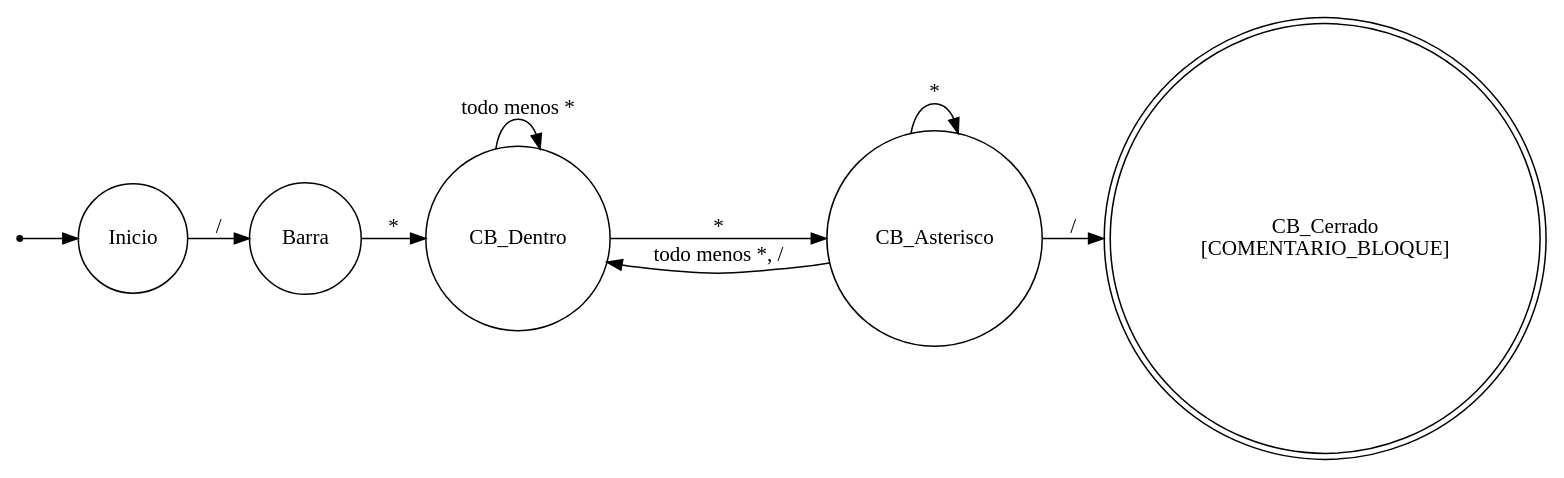
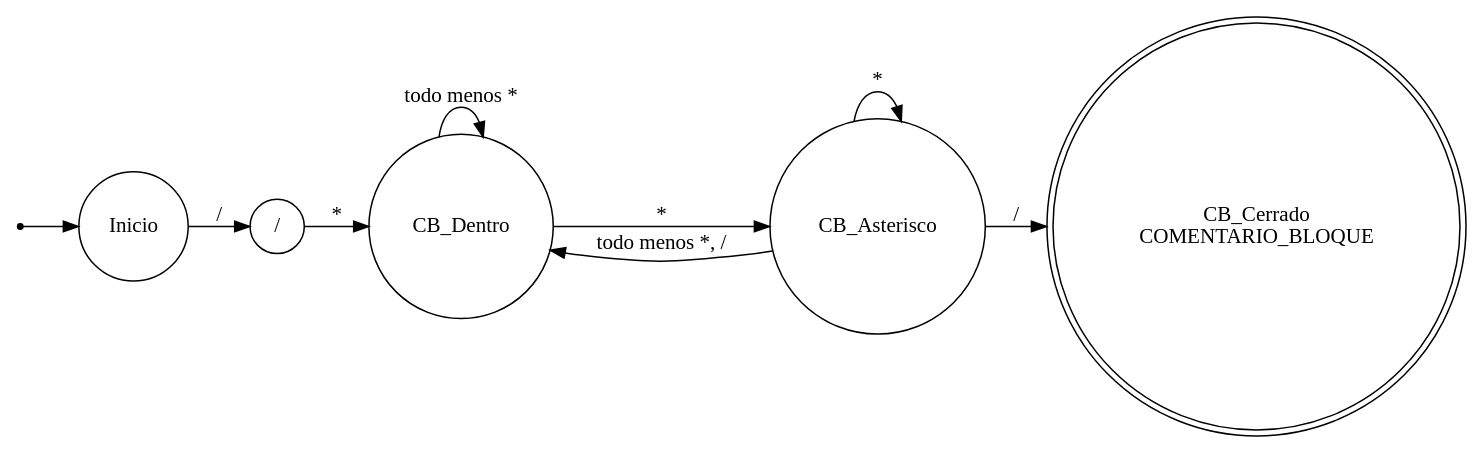
The diagram in automatas/comentario_bloque.dot (Insert-name-115/Tarea-de-teoria-de-computacion), drawn with Graphviz before and after one commit. The commit also changed 16 other files, not shown here.

```diff
--- a/automatas/comentario_bloque.dot
+++ b/automatas/comentario_bloque.dot
@@ -1,17 +1,17 @@
 digraph COMENTARIO_BLOQUE {
 	rankdir=LR
 	"" [shape=point]
+	"/" [shape=circle]
+	CB_Cerrado [label="CB_Cerrado\nCOMENTARIO_BLOQUE" shape=doublecircle]
 	CB_Asterisco [shape=circle]
 	CB_Dentro [shape=circle]
-	CB_Cerrado [label="CB_Cerrado\n[COMENTARIO_BLOQUE]" shape=doublecircle]
 	Inicio [shape=circle]
-	Barra [shape=circle]
 	"" -> Inicio
-	Inicio -> Barra [label="/"]
-	Barra -> CB_Dentro [label="*"]
+	Inicio -> "/" [label="/"]
+	"/" -> CB_Dentro [label="*"]
 	CB_Dentro -> CB_Dentro [label="todo menos *"]
 	CB_Dentro -> CB_Asterisco [label="*"]
 	CB_Asterisco -> CB_Asterisco [label="*"]
 	CB_Asterisco -> CB_Dentro [label="todo menos *, /"]
 	CB_Asterisco -> CB_Cerrado [label="/"]
 }
```
